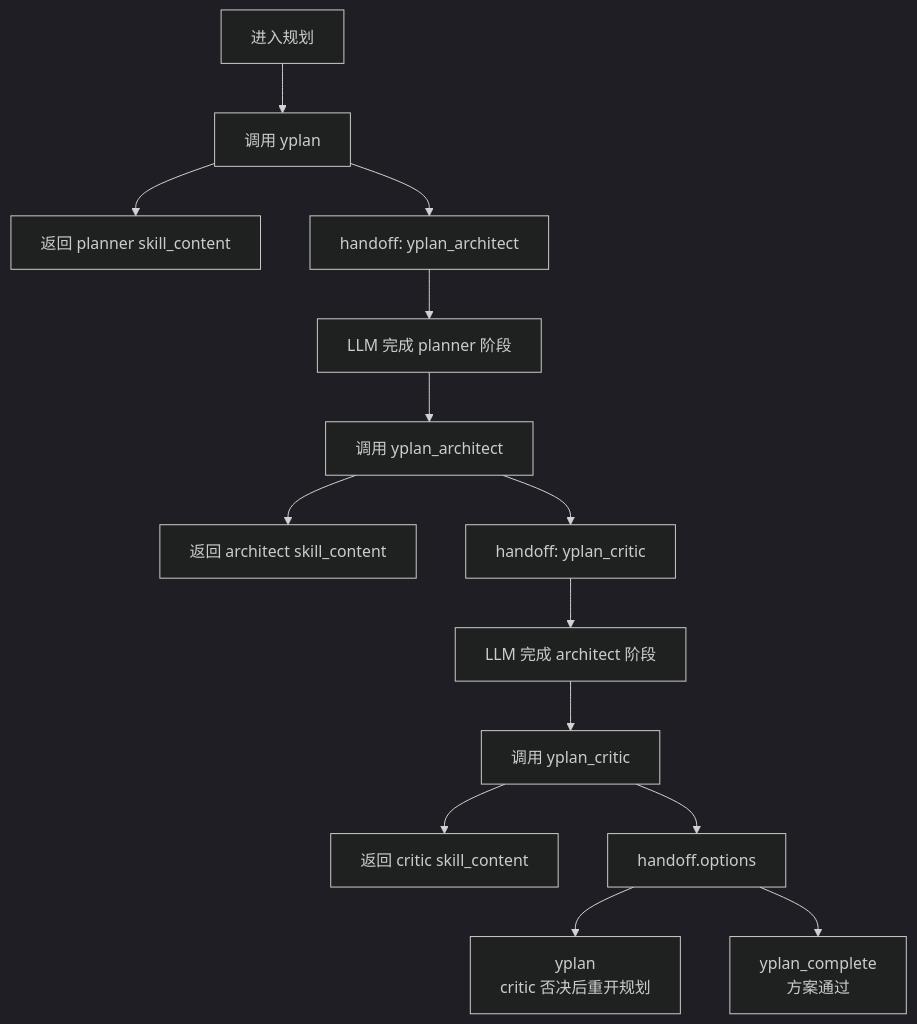
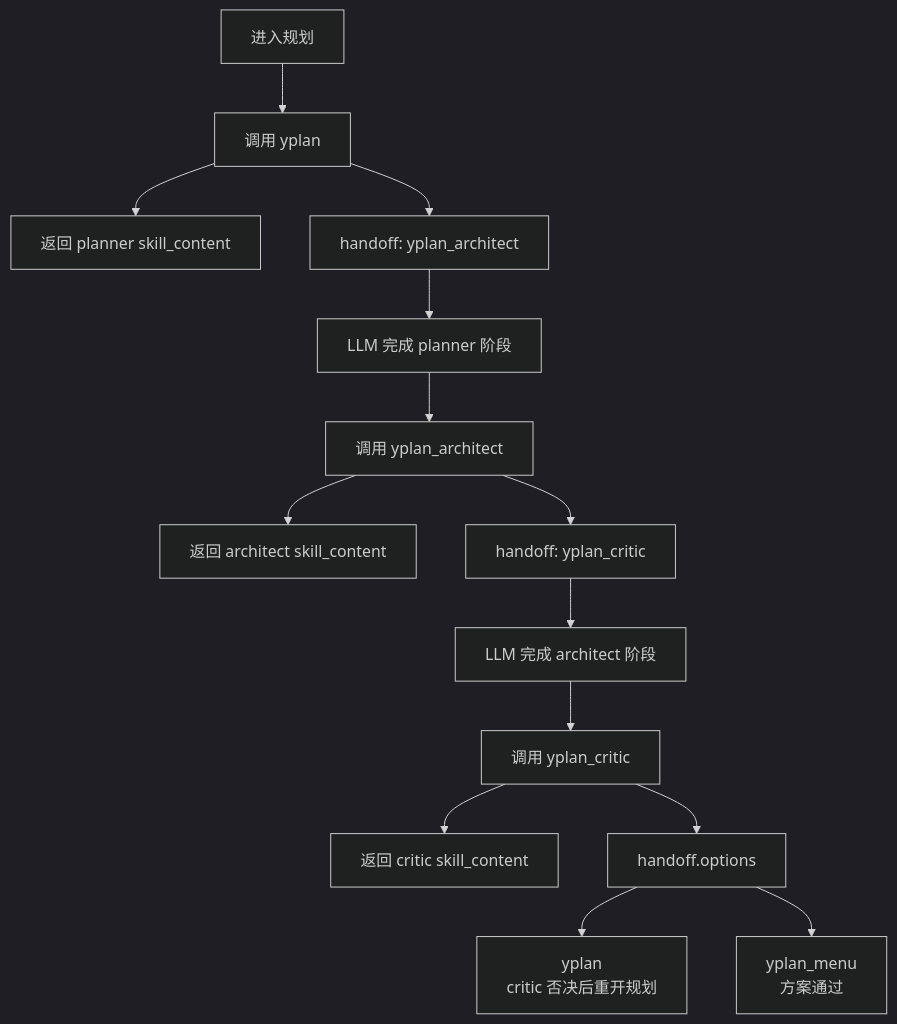
Before and after one commit to CodeyLife/Ymcp: the third of 5 diagrams in docs/current-workflow-flowcharts.md, drawn with Mermaid (dark theme). The commit also changed other lines of this file and 40 other files, not shown here.

````diff
--- a/docs/current-workflow-flowcharts.md
+++ b/docs/current-workflow-flowcharts.md
@@ -51,16 +51,16 @@
 ```mermaid
 flowchart TD
     A[进入规划] --> B[调用 yplan]
     B --> C[返回 planner skill_content]
     B --> D[handoff: yplan_architect]
     D --> E[LLM 完成 planner 阶段]
     E --> F[调用 yplan_architect]
     F --> G[返回 architect skill_content]
     F --> H[handoff: yplan_critic]
     H --> I[LLM 完成 architect 阶段]
     I --> J[调用 yplan_critic]
     J --> K[返回 critic skill_content]
     J --> L[handoff.options]
     L --> M[yplan<br/>critic 否决后重开规划]
-    L --> N[yplan_complete<br/>方案通过]
+    L --> N[yplan_menu<br/>方案通过]
 ```
````
